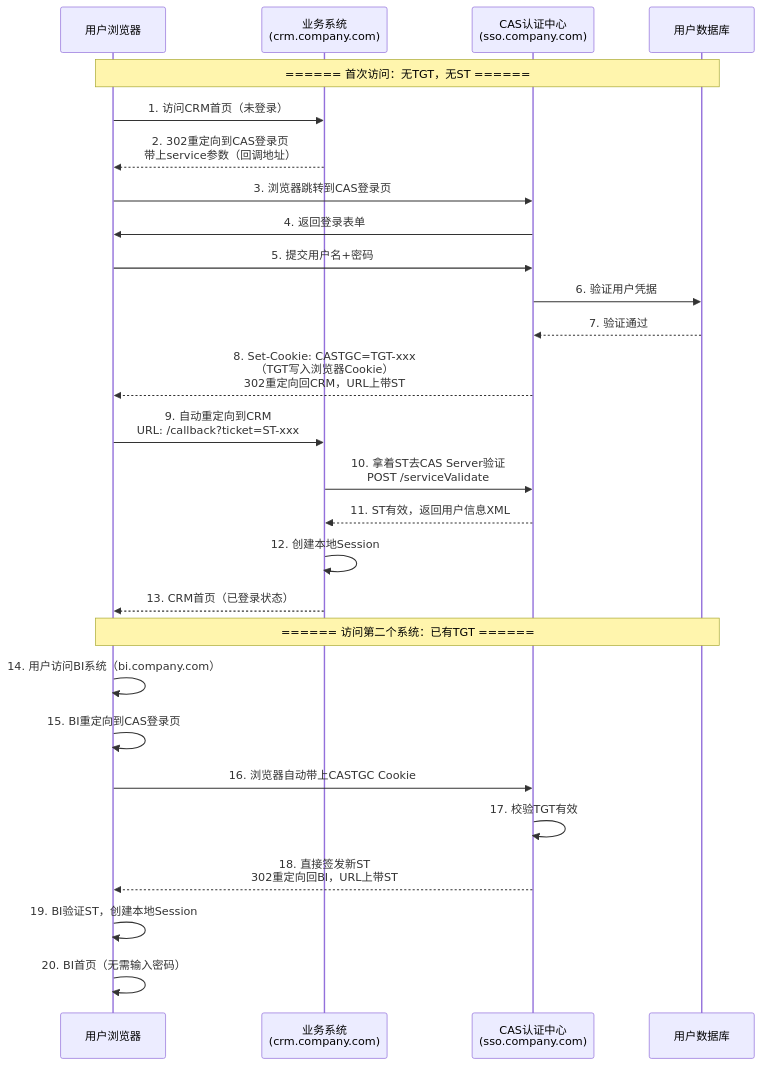
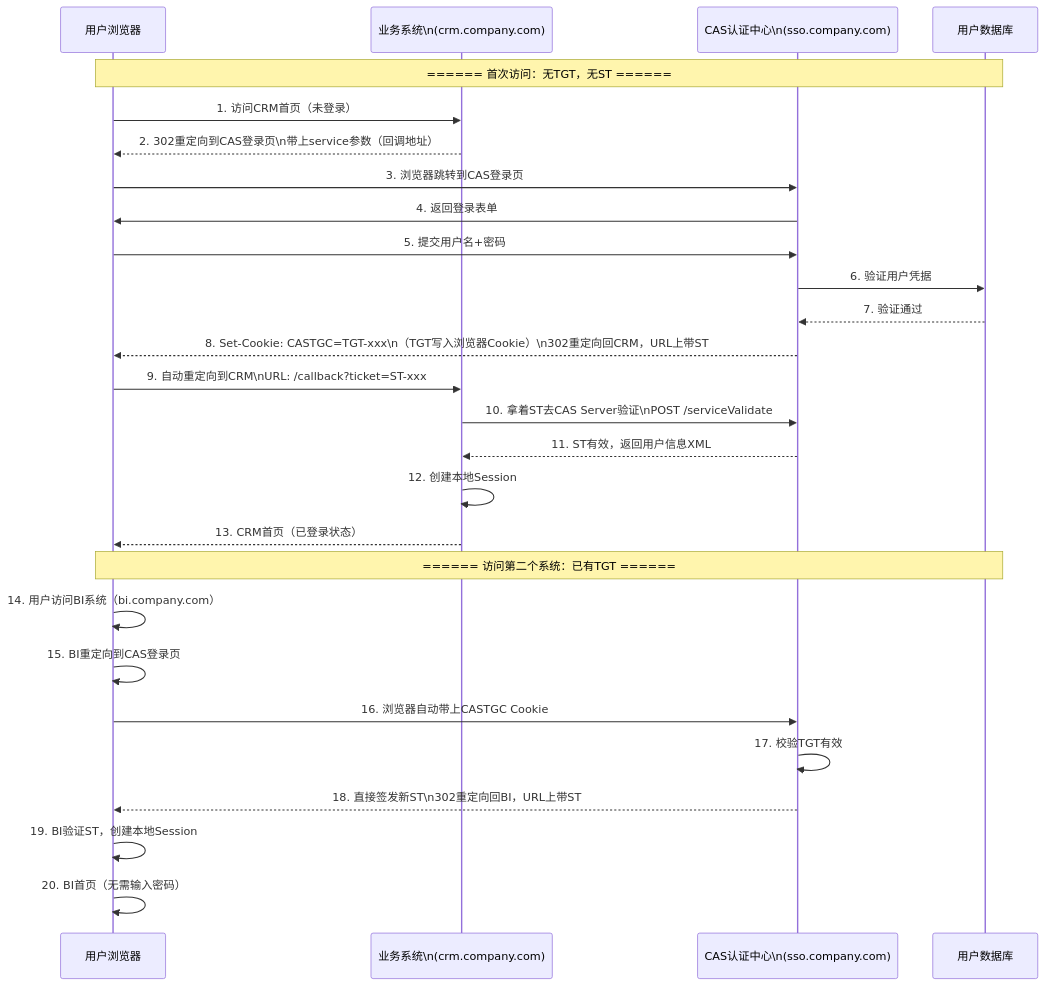
Before and after one commit to yaocat55/yaocat55.github.io: the ninth of 12 diagrams in content/posts/springsecurity/SsoVsJwtRedisAuth.md, drawn with Mermaid. The commit also changed other lines of this file and 155 other files, not shown here.

````diff
--- a/content/posts/springsecurity/SsoVsJwtRedisAuth.md
+++ b/content/posts/springsecurity/SsoVsJwtRedisAuth.md
@@ -365,35 +394,35 @@
 ```mermaid
 sequenceDiagram
     participant U as 用户浏览器
-    participant APP as 业务系统<br/>(crm.company.com)
-    participant CAS as CAS认证中心<br/>(sso.company.com)
+    participant APP as 业务系统\n(crm.company.com)
+    participant CAS as CAS认证中心\n(sso.company.com)
     participant DB as 用户数据库
 
     Note over U,DB: ====== 首次访问：无TGT，无ST ======
 
     U->>APP: 1. 访问CRM首页（未登录）
-    APP-->>U: 2. 302重定向到CAS登录页<br/>带上service参数（回调地址）
+    APP-->>U: 2. 302重定向到CAS登录页\n带上service参数（回调地址）
     U->>CAS: 3. 浏览器跳转到CAS登录页
     CAS->>U: 4. 返回登录表单
 
     U->>CAS: 5. 提交用户名+密码
     CAS->>DB: 6. 验证用户凭据
     DB-->>CAS: 7. 验证通过
-    CAS-->>U: 8. Set-Cookie: CASTGC=TGT-xxx<br/>（TGT写入浏览器Cookie）<br/>302重定向回CRM，URL上带ST
+    CAS-->>U: 8. Set-Cookie: CASTGC=TGT-xxx\n（TGT写入浏览器Cookie）\n302重定向回CRM，URL上带ST
 
-    U->>APP: 9. 自动重定向到CRM<br/>URL: /callback?ticket=ST-xxx
-    APP->>CAS: 10. 拿着ST去CAS Server验证<br/>POST /serviceValidate
+    U->>APP: 9. 自动重定向到CRM\nURL: /callback?ticket=ST-xxx
+    APP->>CAS: 10. 拿着ST去CAS Server验证\nPOST /serviceValidate
     CAS-->>APP: 11. ST有效，返回用户信息XML
     APP->>APP: 12. 创建本地Session
     APP-->>U: 13. CRM首页（已登录状态）
 
     Note over U,DB: ====== 访问第二个系统：已有TGT ======
 
     U->>U: 14. 用户访问BI系统（bi.company.com）
     U->>U: 15. BI重定向到CAS登录页
     U->>CAS: 16. 浏览器自动带上CASTGC Cookie
     CAS->>CAS: 17. 校验TGT有效
-    CAS-->>U: 18. 直接签发新ST<br/>302重定向回BI，URL上带ST
+    CAS-->>U: 18. 直接签发新ST\n302重定向回BI，URL上带ST
     U->>U: 19. BI验证ST，创建本地Session
     U->>U: 20. BI首页（无需输入密码）
 ```
````
